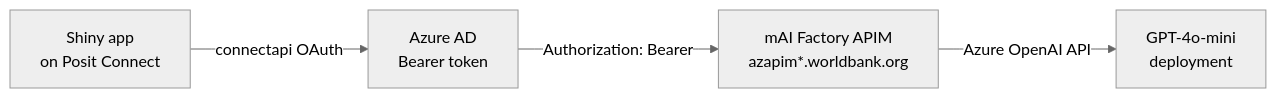
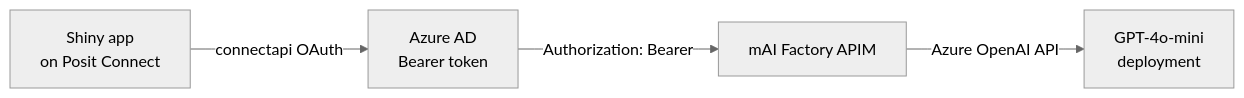
The diagram in mAI_integration.qmd (GPID-WB/Pip-Technical-Guidelines), drawn with Mermaid (neutral theme) before and after one commit. The commit also changed other lines of this file, not shown here.

````diff
--- a/mAI_integration.qmd
+++ b/mAI_integration.qmd
@@ -170,6 +170,6 @@
 ```{mermaid}
 flowchart LR
     A[Shiny app<br/>on Posit Connect] -->|connectapi OAuth| B[Azure AD<br/>Bearer token]
-    B -->|Authorization: Bearer| C[mAI Factory APIM<br/>azapim*.worldbank.org]
+    B -->|Authorization: Bearer| C[mAI Factory APIM<br/><apim-host>]
     C -->|Azure OpenAI API| D[GPT-4o-mini<br/>deployment]
 ```
````
